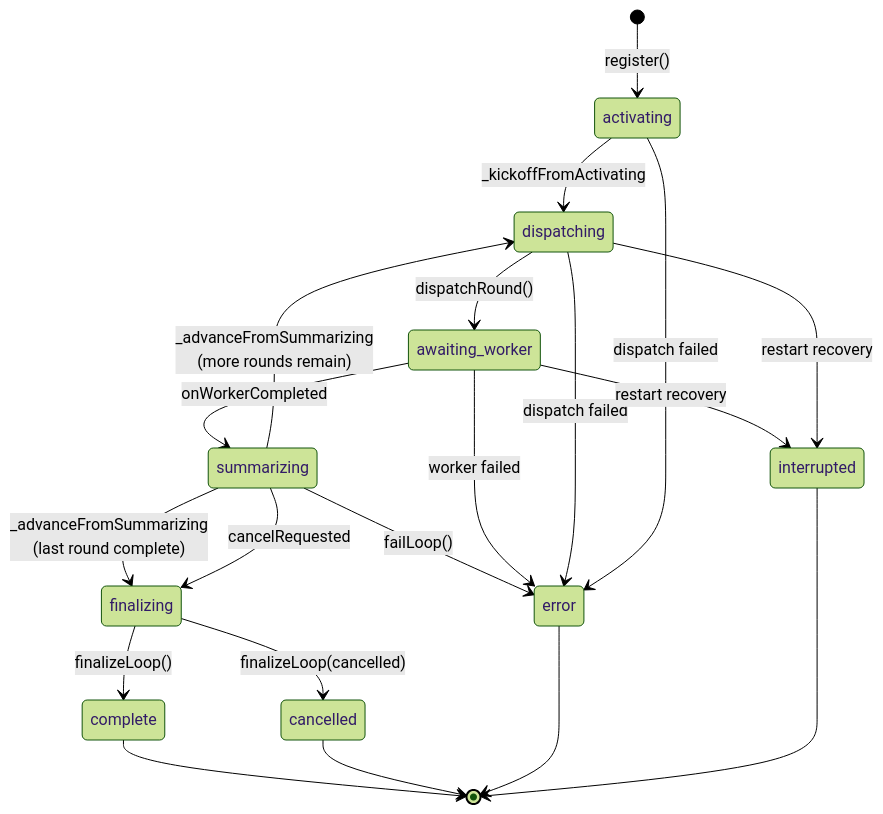
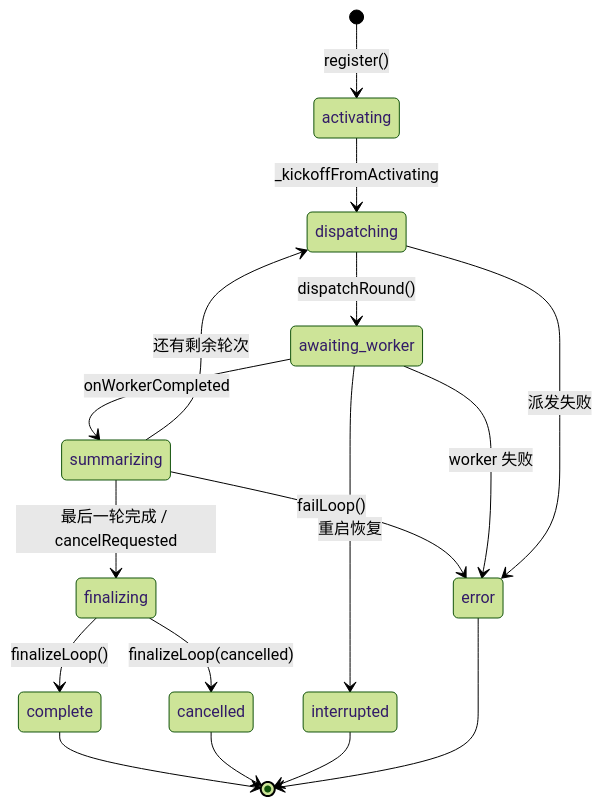
The second of 3 diagrams in docs/04-Advanced/loop-system.md (EricMoin/rolebox-docs), drawn with Mermaid (forest theme) before and after one commit. The commit also changed other lines of this file and 62 other files, not shown here.

````diff
--- a/docs/04-Advanced/loop-system.md
+++ b/docs/04-Advanced/loop-system.md
@@ -238,27 +87,19 @@
 ```mermaid
 stateDiagram-v2
     [*] --> activating: register()
-
     activating --> dispatching: _kickoffFromActivating
     dispatching --> awaiting_worker: dispatchRound()
     awaiting_worker --> summarizing: onWorkerCompleted
-    summarizing --> dispatching: _advanceFromSummarizing <br/>(more rounds remain)
-    summarizing --> finalizing: _advanceFromSummarizing <br/>(last round complete)
-    summarizing --> finalizing: cancelRequested
-
+    summarizing --> dispatching: 还有剩余轮次
+    summarizing --> finalizing: 最后一轮完成 / cancelRequested
     finalizing --> complete: finalizeLoop()
     finalizing --> cancelled: finalizeLoop(cancelled)
-
     summarizing --> error: failLoop()
-    awaiting_worker --> error: worker failed
-    dispatching --> error: dispatch failed
-    activating --> error: dispatch failed
-
-    awaiting_worker --> interrupted: restart recovery
-    dispatching --> interrupted: restart recovery
-
+    awaiting_worker --> error: worker 失败
+    dispatching --> error: 派发失败
+    awaiting_worker --> interrupted: 重启恢复
     complete --> [*]
     cancelled --> [*]
+    interrupted --> [*]
     error --> [*]
-    interrupted --> [*]
 ```
````
